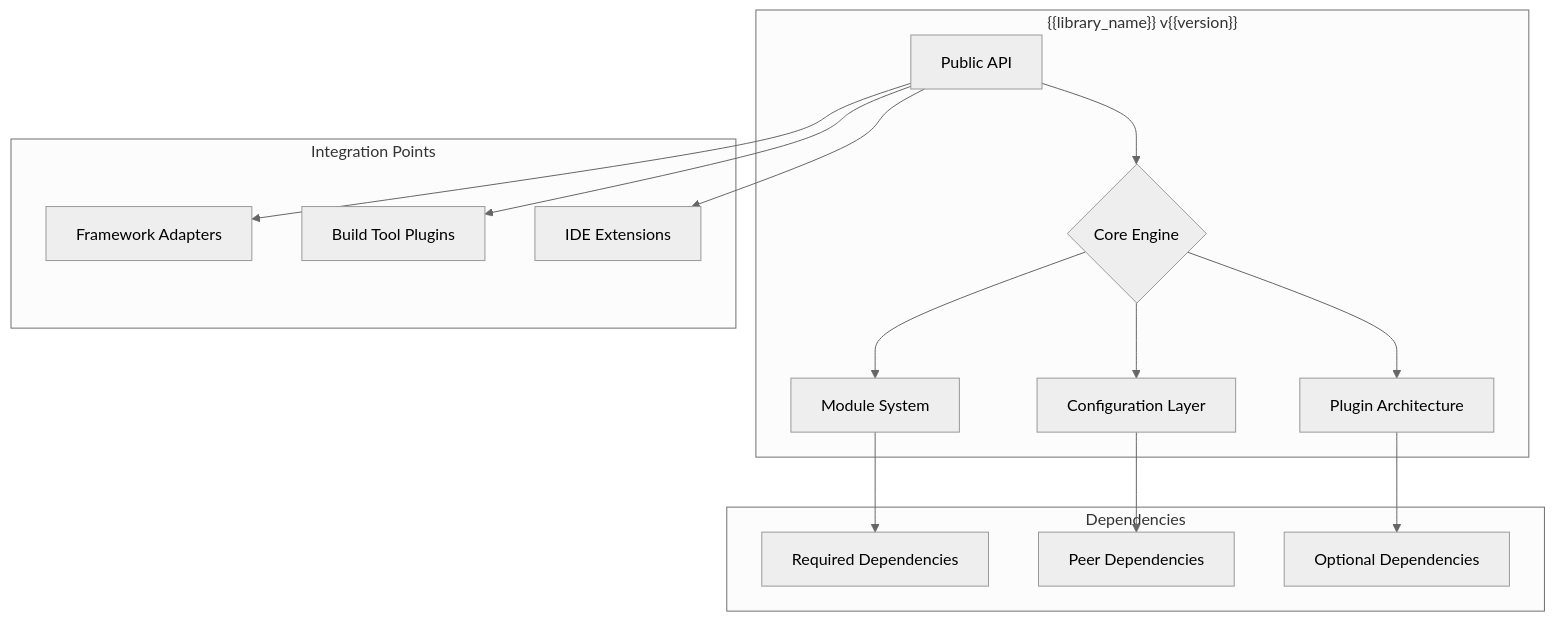
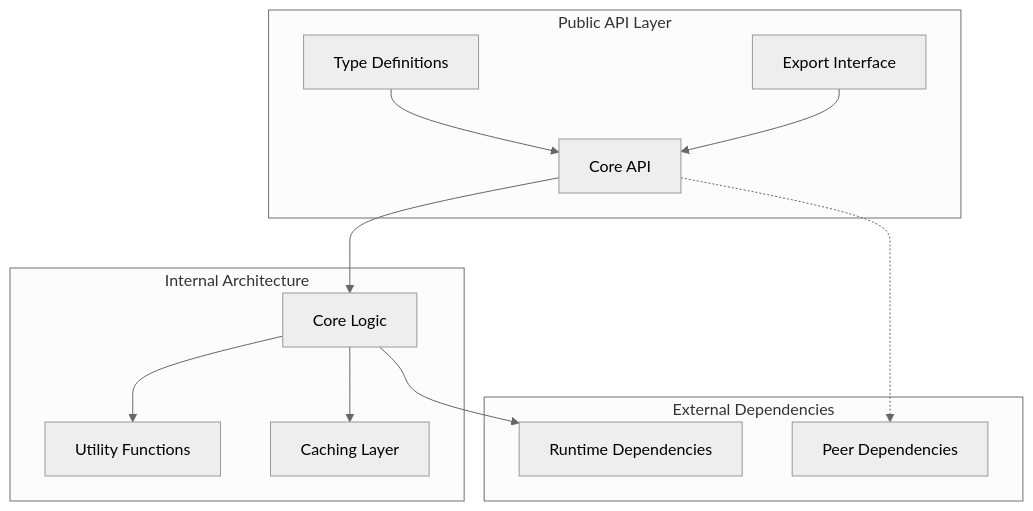
Before and after one commit to xincheng213618/OpenDeepWiki: the first of 5 diagrams in src/KoalaWiki/Prompts/Warehouse/GenerateDocsLibraries.md, drawn with Mermaid (neutral theme). The commit also changed other lines of this file and 8 other files, not shown here.

````diff
--- a/src/KoalaWiki/Prompts/Warehouse/GenerateDocsLibraries.md
+++ b/src/KoalaWiki/Prompts/Warehouse/GenerateDocsLibraries.md
@@ -565,28 +73,25 @@
 ```mermaid
-flowchart TB
-    subgraph "{{library_name}} v{{version}}"
-        A[Public API] --> B{Core Engine}
-        B --> C[Module System]
-        B --> D[Configuration Layer]
-        B --> E[Plugin Architecture]
+graph TB
+    subgraph "Public API Layer"
+        API[Core API]
+        TYPES[Type Definitions]
+        EXPORTS[Export Interface]
+    end
+    subgraph "Internal Architecture"
+        CORE[Core Logic]
+        UTILS[Utility Functions]
+        CACHE[Caching Layer]
+    end
+    subgraph "External Dependencies"
+        DEPS[Runtime Dependencies]
+        PEER[Peer Dependencies]
     end
     
-    subgraph "Dependencies"
-        F[Required Dependencies]
-        G[Peer Dependencies]
-        H[Optional Dependencies]
-    end
-    
-    subgraph "Integration Points"
-        I[Framework Adapters]
-        J[Build Tool Plugins]
-        K[IDE Extensions]
-    end
-    
-    C --> F
-    D --> G
-    E --> H
-    A --> I
-    A --> J
-    A --> K
+    API --> CORE
+    TYPES --> API
+    EXPORTS --> API
+    CORE --> UTILS
+    CORE --> CACHE
+    CORE --> DEPS
+    API -.-> PEER
 ```
````
